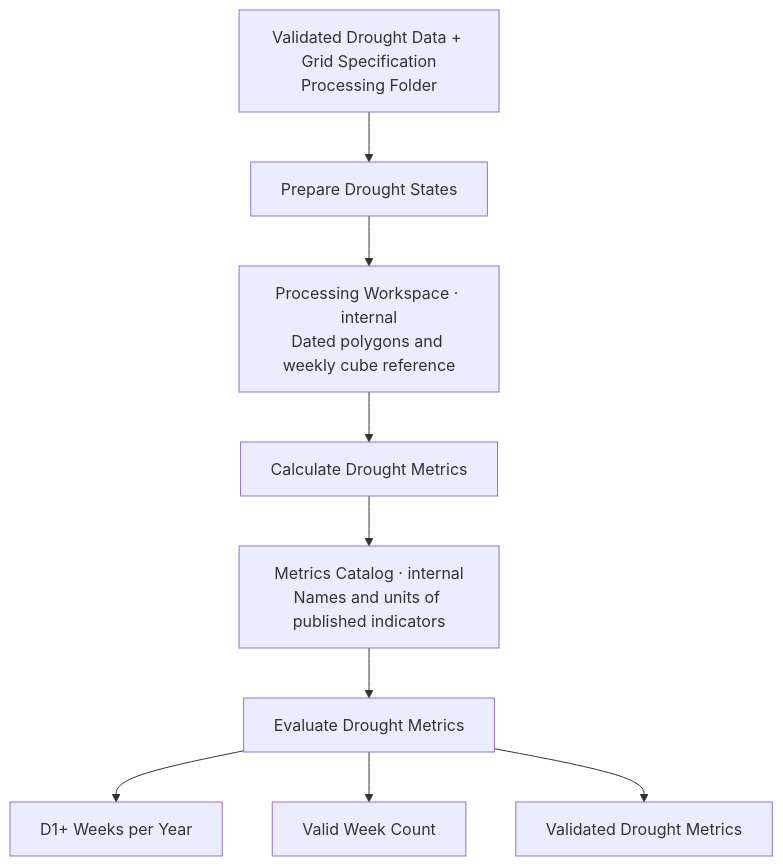
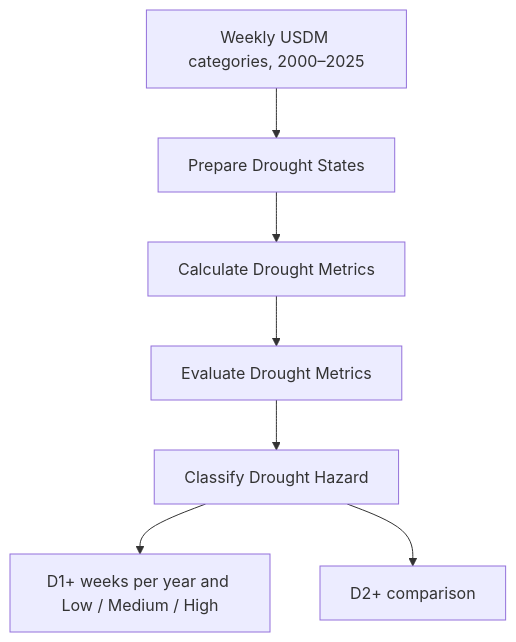
One commit to avega17/PLAN6059-PR-Risks-SDSS changed the second of 2 diagrams in docs/drought_processing_plan.md. Above: the diagram before and after it, drawn with Mermaid. The commit also changed other lines of this file and 32 other files, not shown here.

First line of the commit message:
Refactor wind workflow for historical processing and add hazard ranking functionality

````diff
--- a/docs/drought_processing_plan.md
+++ b/docs/drought_processing_plan.md
@@ -40,11 +40,9 @@
 ```mermaid
 flowchart TD
-    Inputs["Validated Drought Data + Grid Specification<br/>Processing Folder"] --> Prepare["Prepare Drought States"]
-    Prepare --> Workspace["Processing Workspace · internal<br/>Dated polygons and weekly cube reference"]
-    Workspace --> Calculate["Calculate Drought Metrics"]
-    Calculate --> Catalog["Metrics Catalog · internal<br/>Names and units of published indicators"]
-    Catalog --> Evaluate["Evaluate Drought Metrics"]
-    Evaluate --> Indicator["D1+ Weeks per Year"]
-    Evaluate --> Coverage["Valid Week Count"]
-    Evaluate --> Report["Validated Drought Metrics"]
+    A["Weekly USDM categories, 2000–2025"] --> B["Prepare Drought States"]
+    B --> C["Calculate Drought Metrics"]
+    C --> D["Evaluate Drought Metrics"]
+    D --> E["Classify Drought Hazard"]
+    E --> F["D1+ weeks per year and Low / Medium / High"]
+    E --> G["D2+ comparison"]
 ```
````
